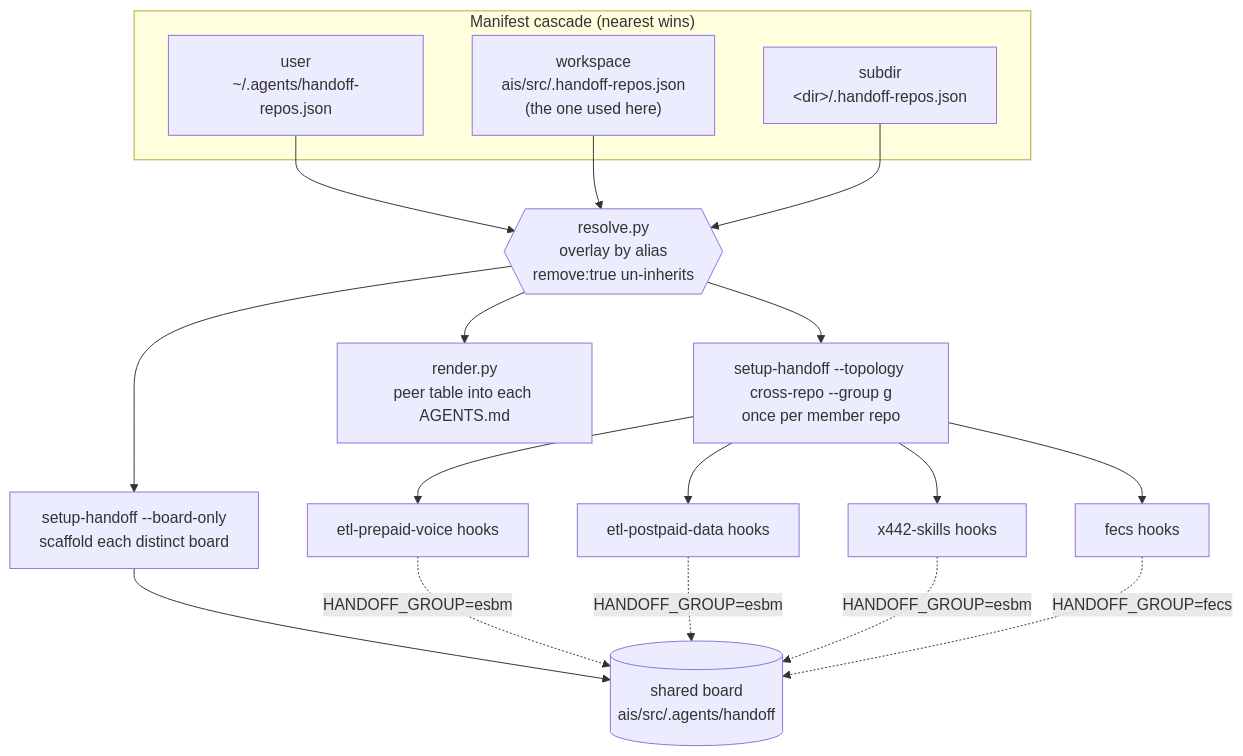
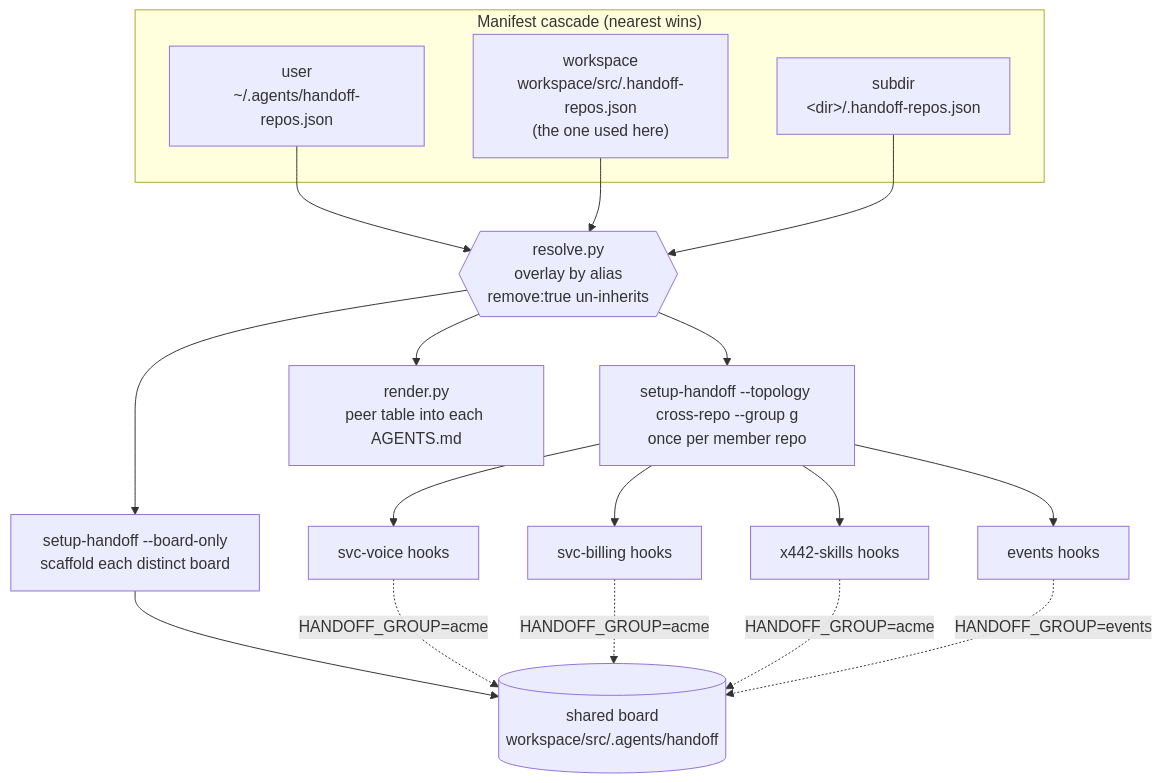
The first of 2 diagrams in docs/cross-repo-handoff-usage-record.md (xyzxyz442/x442-skills), drawn with Mermaid before and after one commit. The commit also changed other lines of this file and 6 other files, not shown here.

First line of the commit message:
fix(config): point this repo's handoff board at itself

````diff
--- a/docs/cross-repo-handoff-usage-record.md
+++ b/docs/cross-repo-handoff-usage-record.md
@@ -166,23 +166,23 @@
 ```mermaid
 flowchart TD
     subgraph cascade["Manifest cascade (nearest wins)"]
         U["user<br/>~/.agents/handoff-repos.json"]
-        W["workspace<br/>ais/src/.handoff-repos.json<br/>(the one used here)"]
+        W["workspace<br/>workspace/src/.handoff-repos.json<br/>(the one used here)"]
         S["subdir<br/>&lt;dir&gt;/.handoff-repos.json"]
     end
     U --> R{{"resolve.py<br/>overlay by alias<br/>remove:true un-inherits"}}
     W --> R
     S --> R
     R --> B["setup-handoff --board-only<br/>scaffold each distinct board"]
     R --> M["setup-handoff --topology cross-repo --group g<br/>once per member repo"]
     R --> X["render.py<br/>peer table into each AGENTS.md"]
-    B --> BD[("shared board<br/>ais/src/.agents/handoff")]
-    M --> H1["etl-prepaid-voice hooks"]
-    M --> H2["etl-postpaid-data hooks"]
+    B --> BD[("shared board<br/>workspace/src/.agents/handoff")]
+    M --> H1["svc-voice hooks"]
+    M --> H2["svc-billing hooks"]
     M --> H3["x442-skills hooks"]
-    M --> H4["fecs hooks"]
-    H1 -.->|HANDOFF_GROUP=esbm| BD
-    H2 -.->|HANDOFF_GROUP=esbm| BD
-    H3 -.->|HANDOFF_GROUP=esbm| BD
-    H4 -.->|HANDOFF_GROUP=fecs| BD
+    M --> H4["events hooks"]
+    H1 -.->|HANDOFF_GROUP=acme| BD
+    H2 -.->|HANDOFF_GROUP=acme| BD
+    H3 -.->|HANDOFF_GROUP=acme| BD
+    H4 -.->|HANDOFF_GROUP=events| BD
 ```
````
